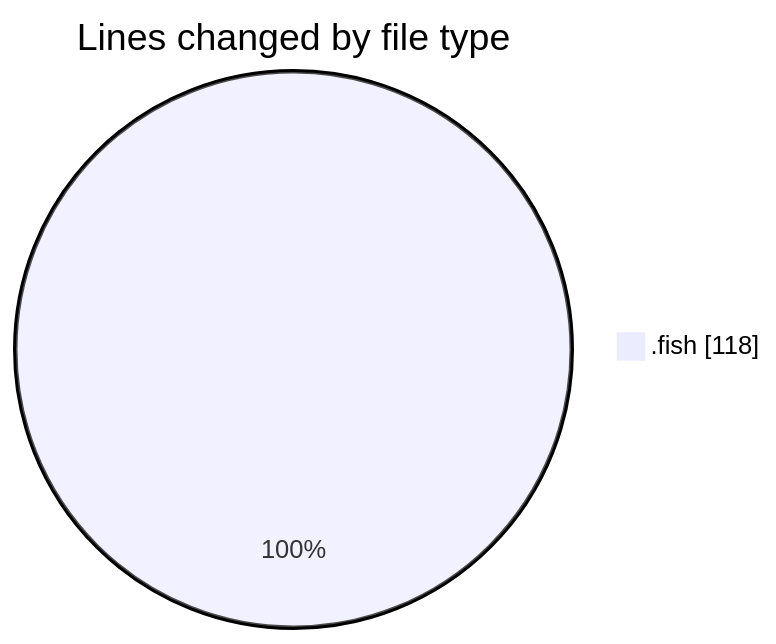
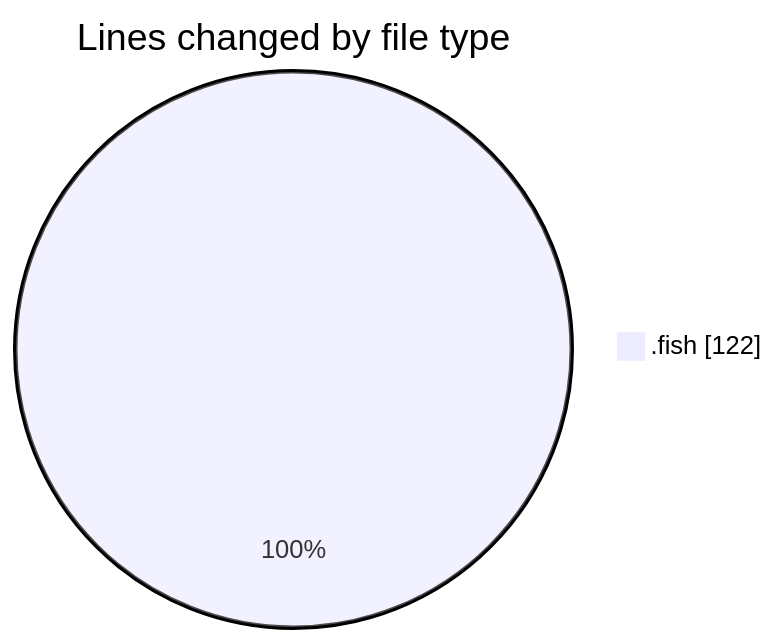
The first of 2 diagrams in 2025-08-27/fish/README.md (EIIisD/code-tracking), drawn with Mermaid before and after one commit. The commit also changed other lines of this file and 1 other file, not shown here.

````diff
--- a/2025-08-27/fish/README.md
+++ b/2025-08-27/fish/README.md
@@ -20,5 +20,5 @@
 ```mermaid
 pie showData
 title Lines changed by file type
-".fish" : 118
+".fish" : 122
 ```
````
